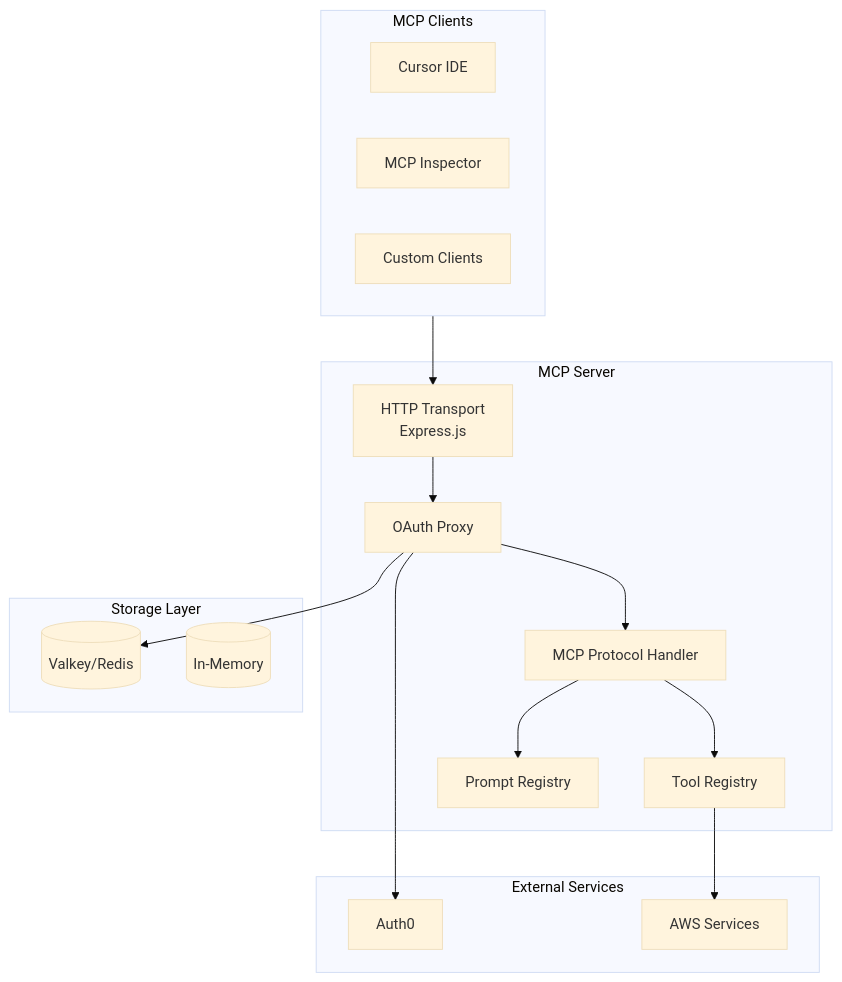
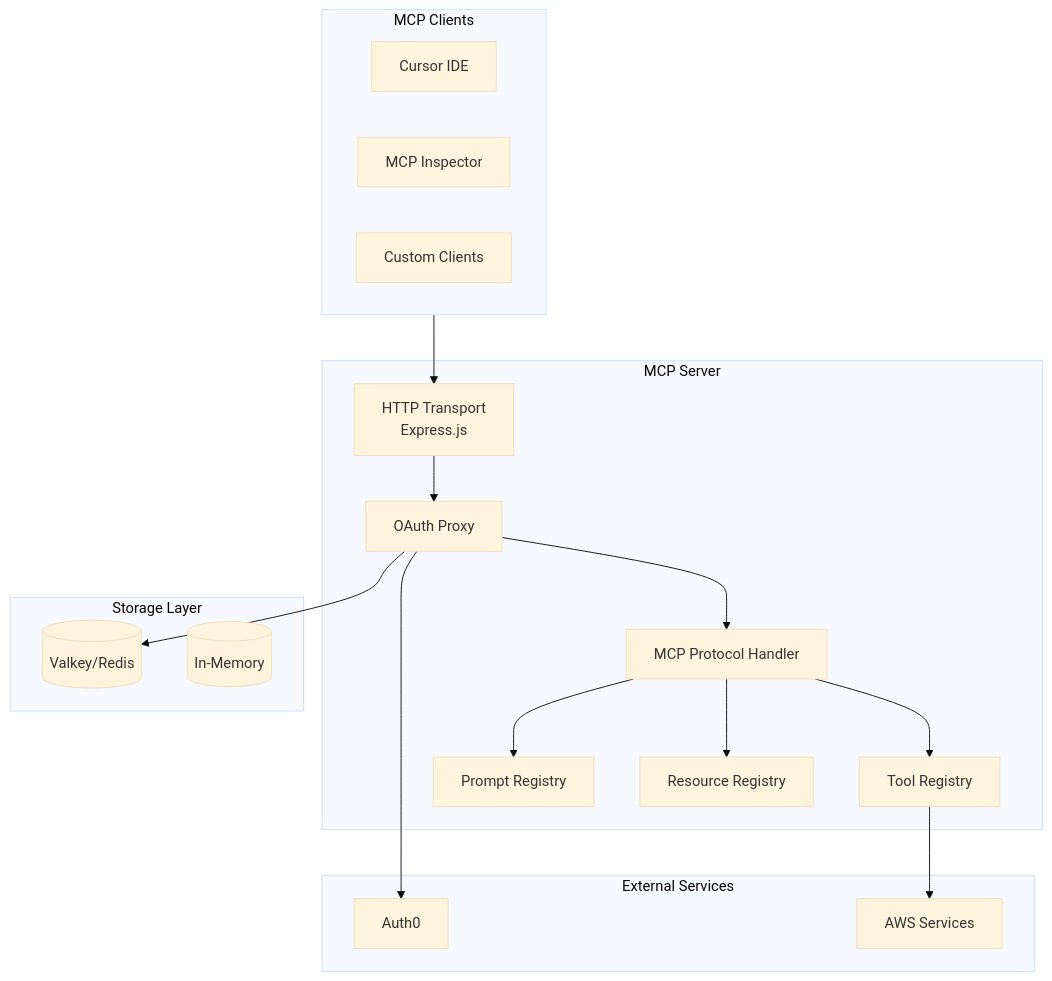
One commit to chrisleekr/mcp-server-playground changed the first of 6 diagrams in docs/ARCHITECTURE.md. Above: the diagram before and after it, drawn with Mermaid (base theme). The commit also changed other lines of this file and 24 other files, not shown here.

````diff
--- a/docs/ARCHITECTURE.md
+++ b/docs/ARCHITECTURE.md
@@ -20,35 +20,37 @@
 ```mermaid
 flowchart TB
     subgraph clients [MCP Clients]
         cursor[Cursor IDE]
         inspector[MCP Inspector]
         custom[Custom Clients]
     end
 
     subgraph server [MCP Server]
         http[HTTP Transport<br/>Express.js]
         auth[OAuth Proxy]
         mcp[MCP Protocol Handler]
         tools[Tool Registry]
         prompts[Prompt Registry]
+        resources[Resource Registry]
     end
 
     subgraph storage [Storage Layer]
         valkey[(Valkey/Redis)]
         memory[(In-Memory)]
     end
 
     subgraph external [External Services]
         auth0[Auth0]
         aws[AWS Services]
     end
 
     clients --> http
     http --> auth
     auth --> mcp
     mcp --> tools
     mcp --> prompts
+    mcp --> resources
     auth --> valkey
     auth --> auth0
     tools --> aws
 ```
````
